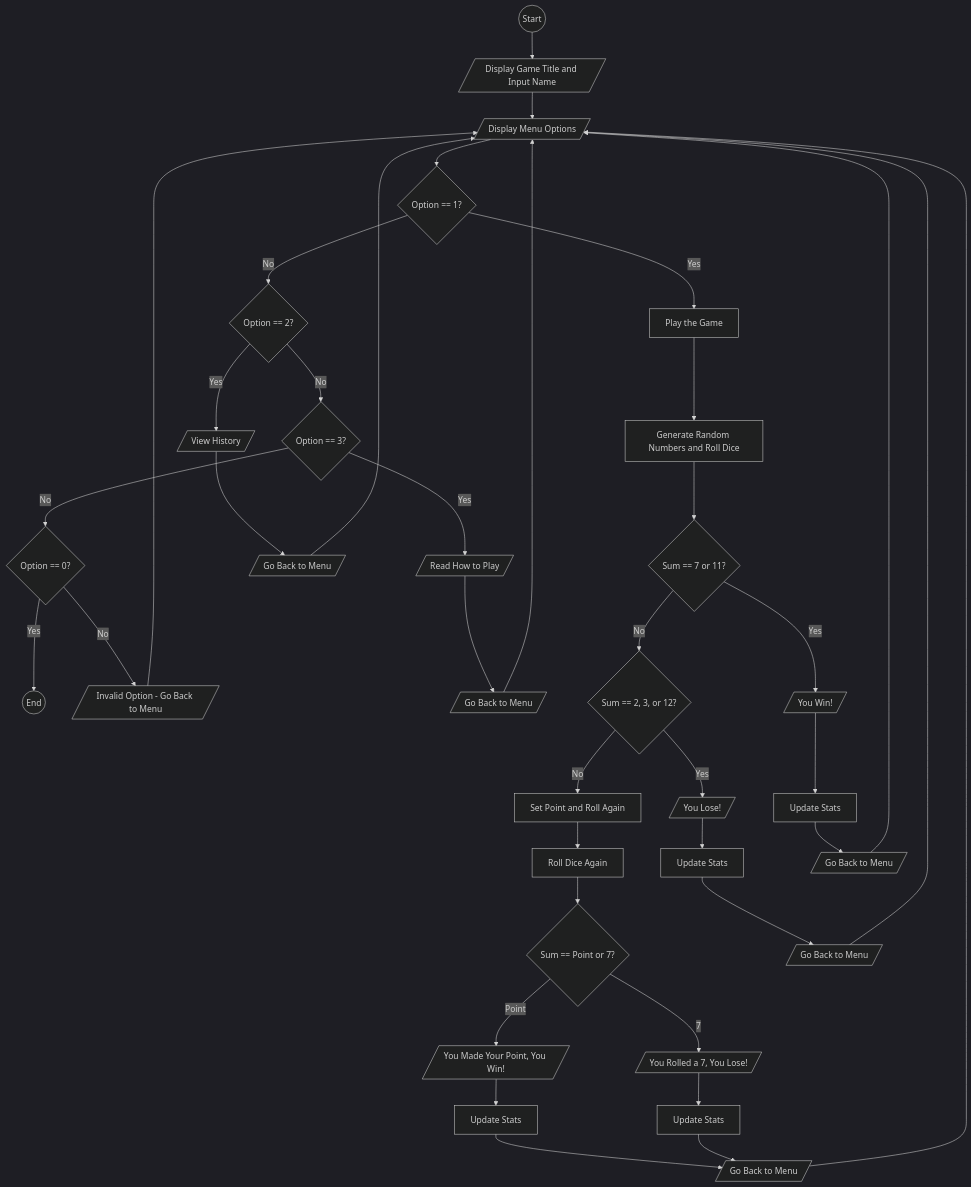
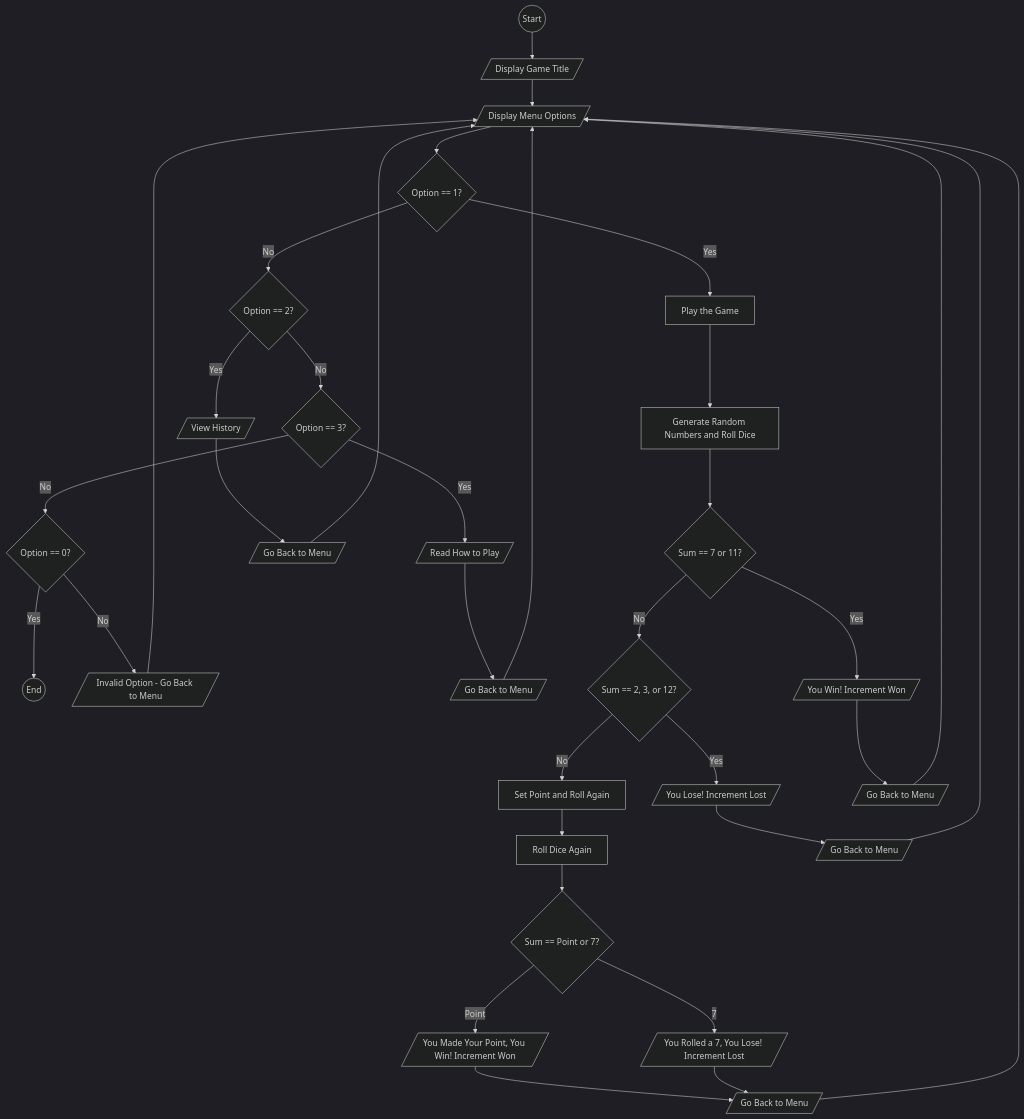
One commit to SWEG-2016EC-Batch/The-5-Bits changed the diagram in Craps_Dice_Game/dice crap.md. Above: the diagram before and after it, drawn with Mermaid (dark theme).

Commit message:
Update dice crap.md

````diff
--- a/Craps_Dice_Game/dice crap.md
+++ b/Craps_Dice_Game/dice crap.md
@@ -1,53 +1,48 @@
 ```mermaid
 flowchart TD
-    start((Start)) --> title[/Display Game Title and Input Name/]
+    start((Start)) --> title[/Display Game Title/]
     title --> menuOptions[/Display Menu Options/]
     
     menuOptions --> checkOption1{Option == 1?}
     checkOption1 -->|Yes| playGame[Play the Game]
     checkOption1 -->|No| checkOption2{Option == 2?}
     
     checkOption2 -->|Yes| viewHistory[/View History/]
     checkOption2 -->|No| checkOption3{Option == 3?}
     
     checkOption3 -->|Yes| howToPlay[/Read How to Play/]
     checkOption3 -->|No| checkOption4{Option == 0?}
     
     checkOption4 -->|Yes| finish((End))
     checkOption4 -->|No| invalidOption[/Invalid Option - Go Back to Menu/]
     
     howToPlay --> backToMenu1[/Go Back to Menu/]
     backToMenu1 --> menuOptions
     
     viewHistory --> backToMenu2[/Go Back to Menu/]
     backToMenu2 --> menuOptions
     
     playGame --> rollDice[Generate Random Numbers and Roll Dice]
     rollDice --> checkSum1{Sum == 7 or 11?}
-    checkSum1 -->|Yes| win1[/You Win!/]
+    checkSum1 -->|Yes| win1[/You Win! Increment Won/]
     checkSum1 -->|No| checkSum2{Sum == 2, 3, or 12?}
     
-    checkSum2 -->|Yes| lose1[/You Lose!/]
+    checkSum2 -->|Yes| lose1[/You Lose! Increment Lost/]
     checkSum2 -->|No| setPoint[Set Point and Roll Again]
     
     setPoint --> rollAgain[Roll Dice Again]
     rollAgain --> checkPoint{Sum == Point or 7?}
     
-    checkPoint -->|Point| win2[/You Made Your Point, You Win!/]
-    checkPoint -->|7| lose2[/You Rolled a 7, You Lose!/]
+    checkPoint -->|Point| win2[/You Made Your Point, You Win! Increment Won/]
+    checkPoint -->|7| lose2[/You Rolled a 7, You Lose! Increment Lost/]
     
-    win1 --> updateStats1[Update Stats]
-    lose1 --> updateStats2[Update Stats]
-    win2 --> updateStats3[Update Stats]
-    lose2 --> updateStats4[Update Stats]
-    
-    updateStats1 --> backToMenu3[/Go Back to Menu/]
-    updateStats2 --> backToMenu4[/Go Back to Menu/]
-    updateStats3 --> backToMenu5[/Go Back to Menu/]
-    updateStats4 --> backToMenu5
+    win1 --> backToMenu3[/Go Back to Menu/]
+    lose1 --> backToMenu4[/Go Back to Menu/]
+    win2 --> backToMenu5[/Go Back to Menu/]
+    lose2 --> backToMenu5
     backToMenu3 --> menuOptions
     backToMenu4 --> menuOptions
     backToMenu5 --> menuOptions
     
     invalidOption --> menuOptions
 ```
````
